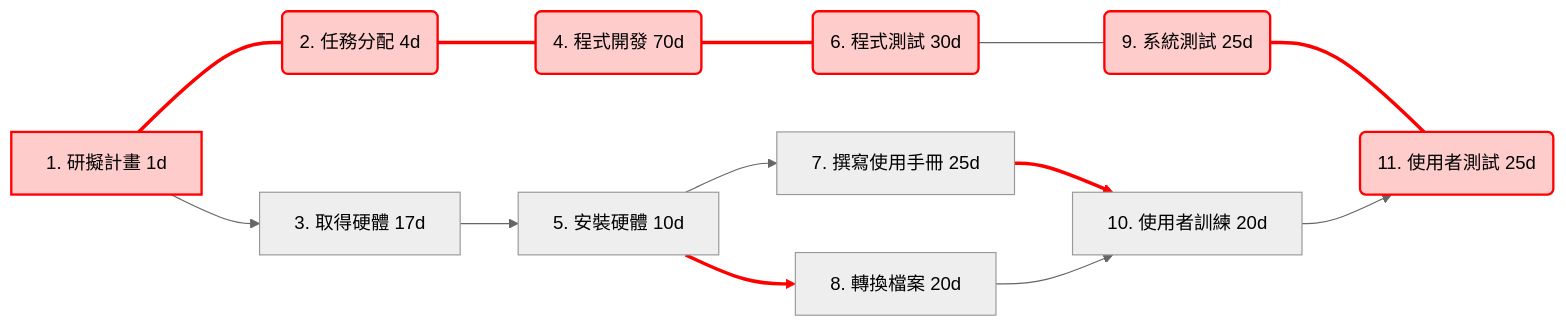
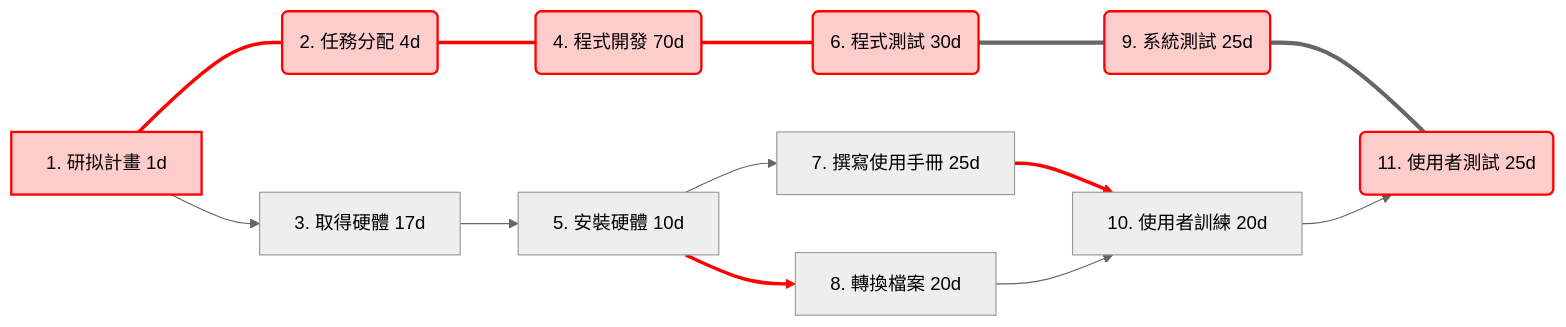
Before and after one commit to c112118135-glitch/114-1A: the diagram in hw2.md, drawn with Mermaid (neutral theme). The commit also changed other lines of this file, not shown here.

````diff
--- a/hw2.md
+++ b/hw2.md
@@ -2,31 +2,30 @@
 ```mermaid
 graph LR
-    A[1. 研擬計畫 1d] --- B(2. 任務分配 4d)
-    A --> C[3. 取得硬體 17d]
-    B --- D(4. 程式開發 70d)
-    C --> E[5. 安裝硬體 10d]
-    D --- F(6. 程式測試 30d)
-    E --> G[7. 撰寫使用手冊 25d]
-    E --> H[8. 轉換檔案 20d]
-    F --- I(9. 系統測試 25d)
-    G --> J[10. 使用者訓練 20d]
-    H --> J
-    I --- K(11. 使用者測試 25d)
-    J --> K
+    A[1. 研拟計畫 1d] === B(2. 任務分配 4d)
+    A --> C[3. 取得硬體 17d]
+    B === D(4. 程式開發 70d)
+    C --> E[5. 安裝硬體 10d]
+    D === F(6. 程式測試 30d)
+    E --> G[7. 撰寫使用手冊 25d]
+    E --> H[8. 轉換檔案 20d]
+    F === I(9. 系統測試 25d)
+    G --> J[10. 使用者訓練 20d]
+    H --> J
+    I === K(11. 使用者測試 25d)
+    J --> K
 
-    %% 關鍵路徑的連線樣式
-    linkStyle 0 stroke:red,stroke-width:3px
-    linkStyle 2 stroke:red,stroke-width:3px
-    linkStyle 4 stroke:red,stroke-width:3px
-    linkStyle 6 stroke:red,stroke-width:3px
-    linkStyle 8 stroke:red,stroke-width:3px
-    linkStyle 10 stroke:red,stroke-width:3px
+    %% 关键路径连线样式：使用红色加粗 (linkStyle)
+    linkStyle 0 stroke:red,stroke-width:3px
+    linkStyle 2 stroke:red,stroke-width:3px
+    linkStyle 4 stroke:red,stroke-width:3px
+    linkStyle 6 stroke:red,stroke-width:3px
+    linkStyle 8 stroke:red,stroke-width:3px
 
-    %% 關鍵路徑的節點樣式
-    style A fill:#ffcccc,stroke:#ff0000,stroke-width:2px
-    style B fill:#ffcccc,stroke:#ff0000,stroke-width:2px
-    style D fill:#ffcccc,stroke:#ff0000,stroke-width:2px
-    style F fill:#ffcccc,stroke:#ff0000,stroke-width:2px
-    style I fill:#ffcccc,stroke:#ff0000,stroke-width:2px
-    style K fill:#ffcccc,stroke:#ff0000,stroke-width:2px
+    %% 关键路径节点样式：使用浅红填充 (style)
+    style A fill:#ffcccc,stroke:#ff0000,stroke-width:2px
+    style B fill:#ffcccc,stroke:#ff0000,stroke-width:2px
+    style D fill:#ffcccc,stroke:#ff0000,stroke-width:2px
+    style F fill:#ffcccc,stroke:#ff0000,stroke-width:2px
+    style I fill:#ffcccc,stroke:#ff0000,stroke-width:2px
+    style K fill:#ffcccc,stroke:#ff0000,stroke-width:2px
 ```
````
